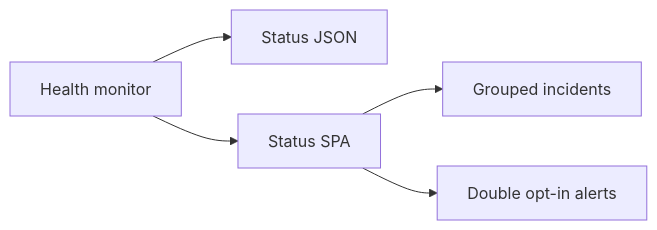
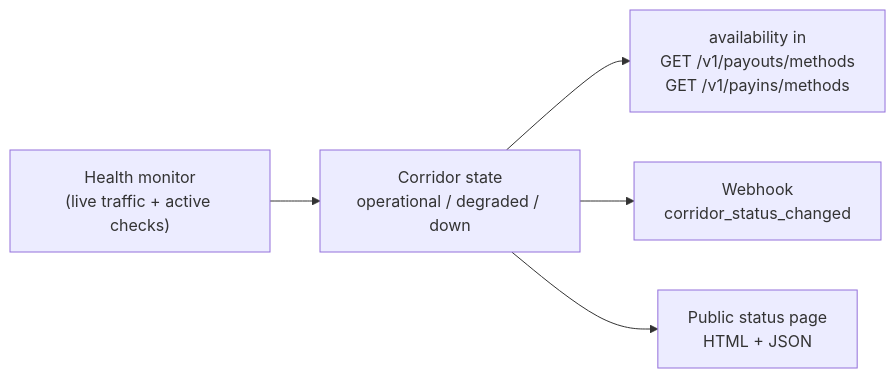
Before and after one commit to CBpayapp/cbpay-docs: the diagram in mcp-pack/guides/en/service-status.md, drawn with Mermaid. The commit also changed other lines of this file and 22 other files, not shown here.

````diff
--- a/mcp-pack/guides/en/service-status.md
+++ b/mcp-pack/guides/en/service-status.md
@@ -16,7 +23,7 @@
 ```mermaid
 flowchart LR
-    monitor["Health monitor"] --> api["Status JSON"]
-    monitor --> page["Status SPA"]
-    page --> incidents["Grouped incidents"]
-    page --> alerts["Double opt-in alerts"]
+    monitor["Health monitor<br/>(live traffic + active checks)"] --> state["Corridor state<br/>operational / degraded / down"]
+    state --> catalog["availability in<br/>GET /v1/payouts/methods<br/>GET /v1/payins/methods"]
+    state --> hook["Webhook<br/>corridor_status_changed"]
+    state --> page["Public status page<br/>HTML + JSON"]
 ```
````
